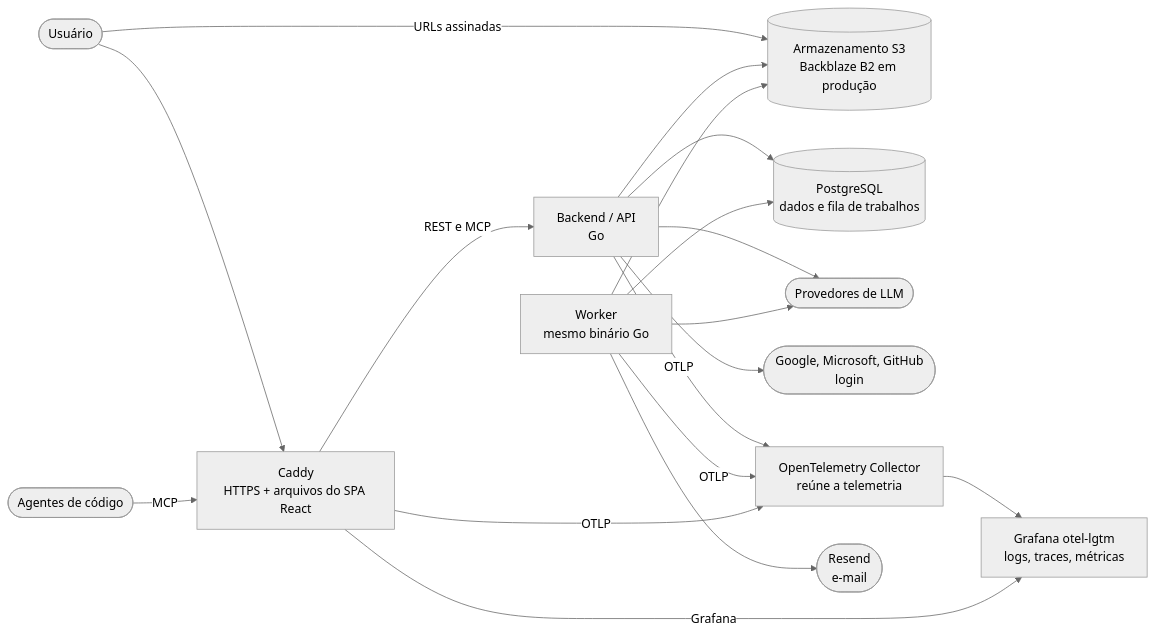
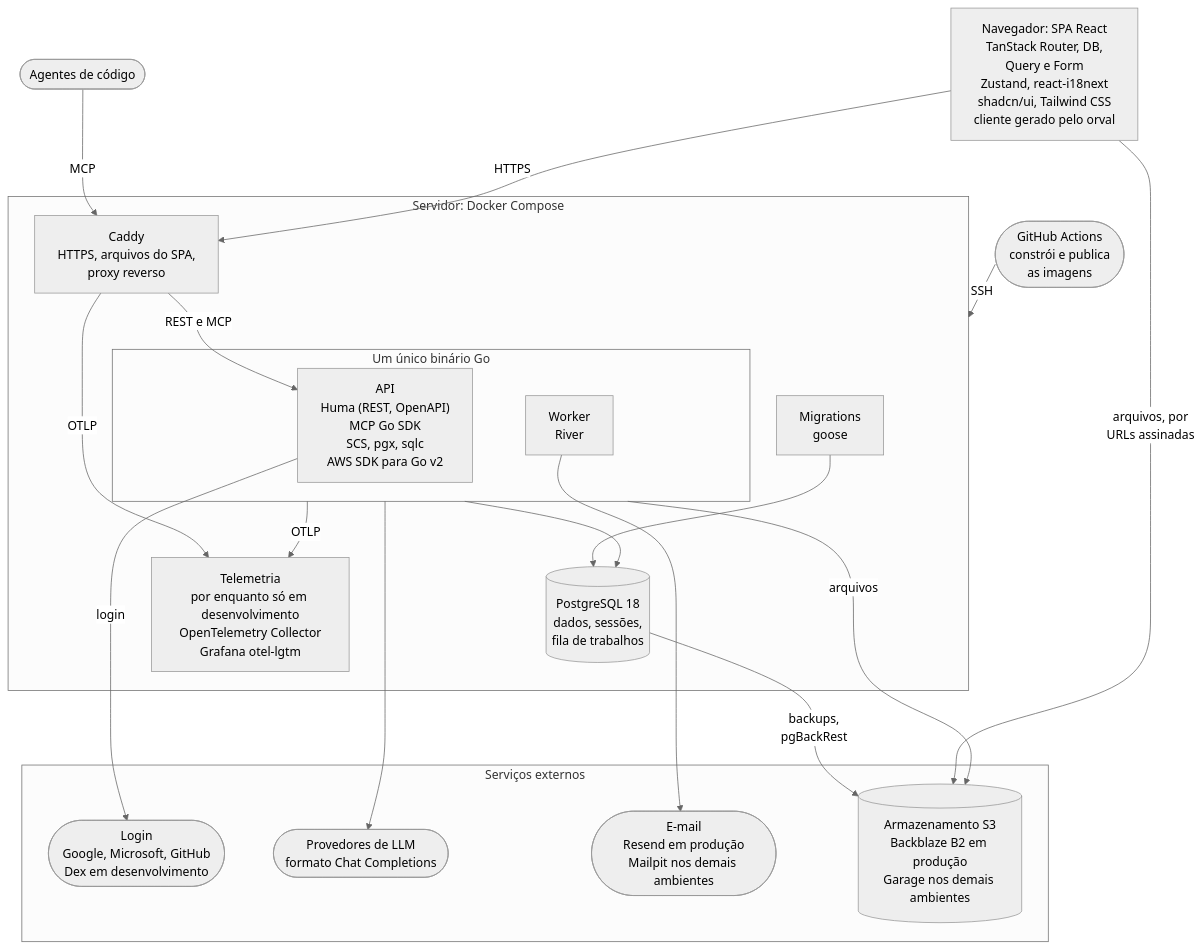
The second of 2 diagrams in README.pt-BR.md (dannilodms/forgespark), drawn with Mermaid (neutral theme) before and after one commit. The commit also changed other lines of this file and 44 other files, not shown here.

First line of the commit message:
docs: README diagrams, ADR-0022 on statuses, and the weekly notice of new versions (#1)

````diff
--- a/README.pt-BR.md
+++ b/README.pt-BR.md
@@ -43,20 +102,41 @@
 ```mermaid
-flowchart LR
-    user([Usuário]) --> proxy[Caddy<br/>HTTPS + arquivos do SPA React]
-    agents([Agentes de código]) -->|MCP| proxy
-    proxy -->|REST e MCP| api[Backend / API<br/>Go]
-    user -->|URLs assinadas| storage[(Armazenamento S3<br/>Backblaze B2 em produção)]
-    api --> db[(PostgreSQL<br/>dados e fila de trabalhos)]
-    api --> storage
-    api --> llm([Provedores de LLM])
-    api --> idp([Google, Microsoft, GitHub<br/>login])
-    api -->|OTLP| collector[OpenTelemetry Collector<br/>reúne a telemetria]
-    worker[Worker<br/>mesmo binário Go] --> db
-    worker --> storage
-    worker --> llm
-    worker --> mail([Resend<br/>e-mail])
-    worker -->|OTLP| collector
-    proxy -->|OTLP| collector
-    collector --> telemetry[Grafana otel-lgtm<br/>logs, traces, métricas]
-    proxy -->|Grafana| telemetry
+flowchart TB
+    actions(["GitHub Actions<br/>constrói e publica<br/>as imagens"])
+    agents(["Agentes de código"])
+    spa["Navegador: SPA React<br/>TanStack Router, DB,<br/>Query e Form<br/>Zustand, react-i18next<br/>shadcn/ui, Tailwind CSS<br/>cliente gerado pelo orval"]
+
+    subgraph server ["Servidor: Docker Compose"]
+        caddy["Caddy<br/>HTTPS, arquivos do SPA,<br/>proxy reverso"]
+        subgraph binary ["Um único binário Go"]
+            api["API<br/>Huma (REST, OpenAPI)<br/>MCP Go SDK<br/>SCS, pgx, sqlc<br/>AWS SDK para Go v2"]
+            worker["Worker<br/>River"]
+        end
+        migrate["Migrations<br/>goose"]
+        db[("PostgreSQL 18<br/>dados, sessões,<br/>fila de trabalhos")]
+        telemetry["Telemetria<br/>por enquanto só em desenvolvimento<br/>OpenTelemetry Collector<br/>Grafana otel-lgtm"]
+    end
+
+    subgraph outside ["Serviços externos"]
+        idp(["Login<br/>Google, Microsoft, GitHub<br/>Dex em desenvolvimento"])
+        llm(["Provedores de LLM<br/>formato Chat Completions"])
+        mail(["E-mail<br/>Resend em produção<br/>Mailpit nos demais ambientes"])
+        storage[("Armazenamento S3<br/>Backblaze B2 em produção<br/>Garage nos demais ambientes")]
+    end
+
+    actions -->|"SSH"| server
+    agents -->|"MCP"| caddy
+    spa -->|"HTTPS"| caddy
+    caddy -->|"REST e MCP"| api
+    binary --> db
+    migrate --> db
+    binary & caddy -->|"OTLP"| telemetry
+    api -->|"login"| idp
+    binary --> llm
+    worker --> mail
+    binary -->|"arquivos"| storage
+    db -->|"backups,<br/>pgBackRest"| storage
+    spa -->|"arquivos, por<br/>URLs assinadas"| storage
+    db ~~~ idp
+    db ~~~ llm
+    db ~~~ mail
 ```
````
